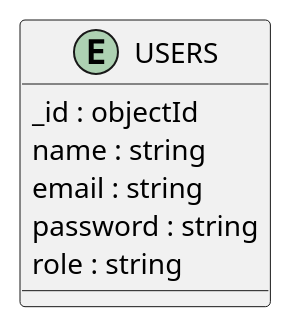
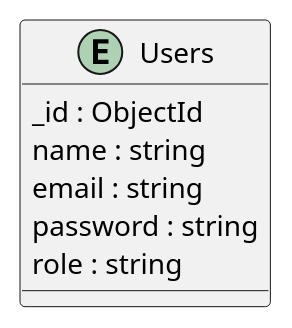
One commit to DigitalPaani/DigitalPaani_ERD changed the diagram in erd_output/USERS.puml. Above: the diagram before and after it, drawn with PlantUML. The commit also changed 274 other files, not shown here.

Commit message:
fix: updated diagram and script

```diff
--- a/erd_output/USERS.puml
+++ b/erd_output/USERS.puml
@@ -1,11 +1,11 @@
-@startuml USERS_Diagram
+@startuml Users_Diagram
 
-entity "USERS" as USERS {
-  _id : objectId
+entity "Users" as Users {
+  _id : ObjectId
   name : string
   email : string
   password : string
   role : string
 }
 
 @enduml
```
